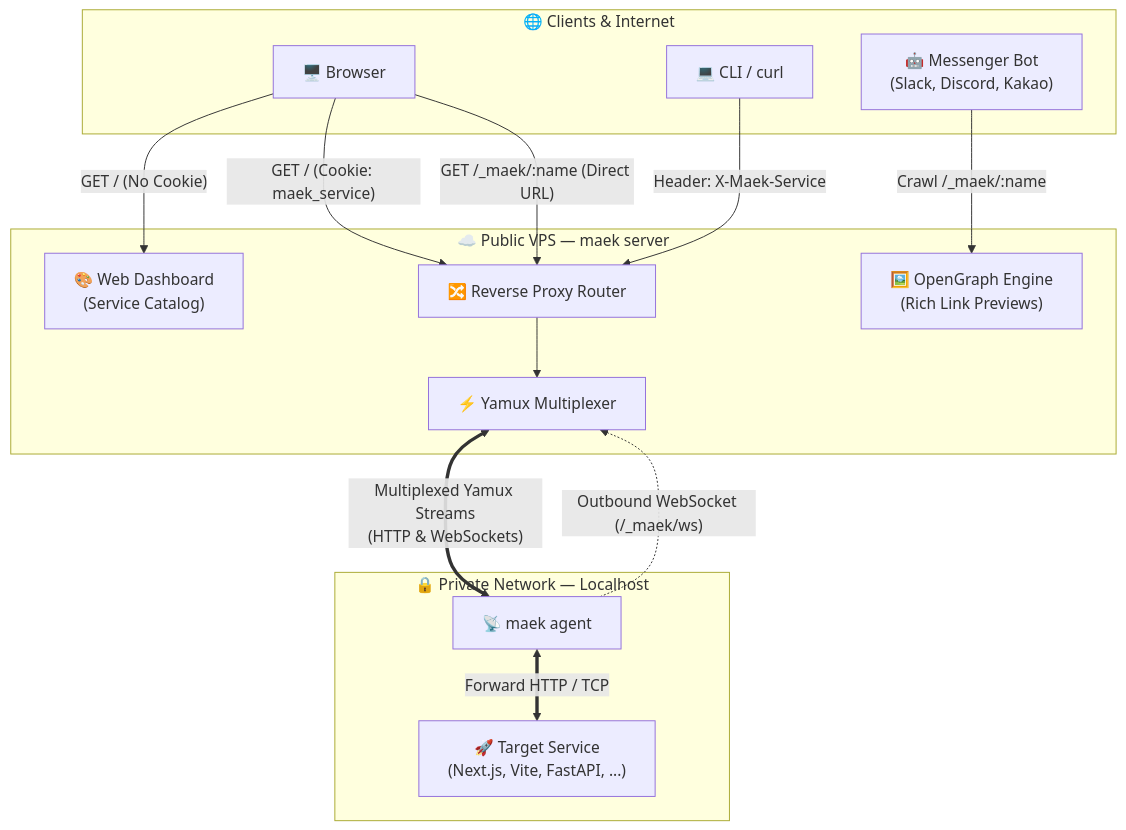
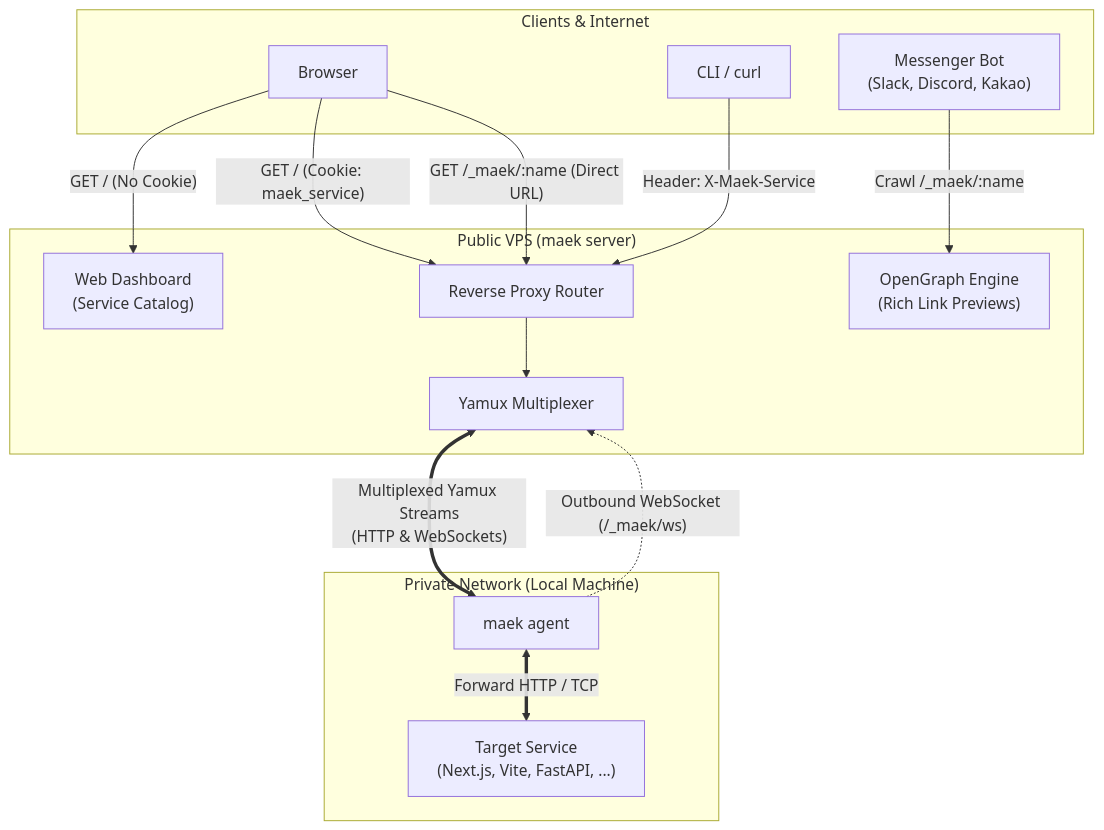
One commit to gosuda/maek changed the diagram in README.md. Above: the diagram before and after it, drawn with Mermaid. The commit also changed other lines of this file, not shown here.

````diff
--- a/README.md
+++ b/README.md
@@ -99,35 +101,35 @@
 ```mermaid
 flowchart TD
-    subgraph Clients ["🌐 Clients & Internet"]
-        Browser["🖥️ Browser"]
-        Curl["💻 CLI / curl"]
-        Bot["🤖 Messenger Bot<br/>(Slack, Discord, Kakao)"]
+    subgraph Clients ["Clients & Internet"]
+        Browser["Browser"]
+        Curl["CLI / curl"]
+        Bot["Messenger Bot<br/>(Slack, Discord, Kakao)"]
     end
 
-    subgraph VPS ["☁️ Public VPS — maek server"]
-        Router["🔀 Reverse Proxy Router"]
-        Catalog["🎨 Web Dashboard<br/>(Service Catalog)"]
-        OG["🖼️ OpenGraph Engine<br/>(Rich Link Previews)"]
-        YamuxServer["⚡ Yamux Multiplexer"]
+    subgraph VPS ["Public VPS (maek server)"]
+        Router["Reverse Proxy Router"]
+        Catalog["Web Dashboard<br/>(Service Catalog)"]
+        OG["OpenGraph Engine<br/>(Rich Link Previews)"]
+        YamuxServer["Yamux Multiplexer"]
     end
 
-    subgraph Local ["🔒 Private Network — Localhost"]
-        Agent["📡 maek agent"]
-        Target["🚀 Target Service<br/>(Next.js, Vite, FastAPI, ...)"]
+    subgraph Local ["Private Network (Local Machine)"]
+        Agent["maek agent"]
+        Target["Target Service<br/>(Next.js, Vite, FastAPI, ...)"]
     end
 
     %% Client Traffic Flows
     Browser -- "GET / (No Cookie)" --> Catalog
     Browser -- "GET / (Cookie: maek_service)" --> Router
     Browser -- "GET /_maek/:name (Direct URL)" --> Router
     Curl -- "Header: X-Maek-Service" --> Router
     Bot -- "Crawl /_maek/:name" --> OG
 
     %% Server Internal Routing
     Router --> YamuxServer
 
     %% Tunnel & Local Forwarding
     Agent -. "Outbound WebSocket (/_maek/ws)" .-> YamuxServer
     YamuxServer <== "Multiplexed Yamux Streams<br/>(HTTP & WebSockets)" ==> Agent
     Agent <== "Forward HTTP / TCP" ==> Target
 ```
````
